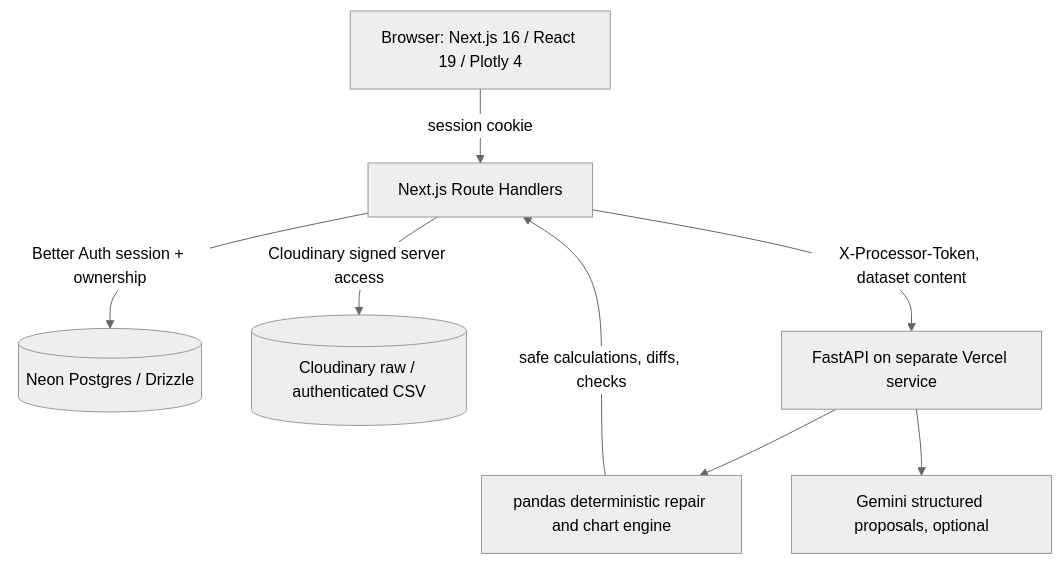
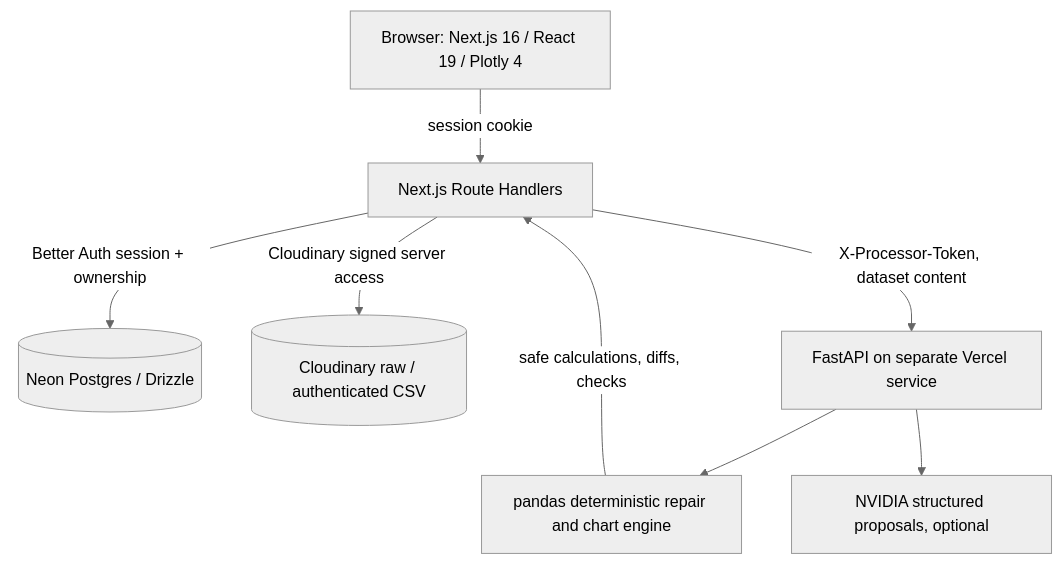
The diagram in docs/ARCHITECTURE.md (abirbhab-dasgupta/rowvitra), drawn with Mermaid (neutral theme) before and after one commit. The commit also changed other lines of this file and 8 other files, not shown here.

````diff
--- a/docs/ARCHITECTURE.md
+++ b/docs/ARCHITECTURE.md
@@ -5,10 +5,10 @@
 ```mermaid
 flowchart TD
   B[Browser: Next.js 16 / React 19 / Plotly 4] -->|session cookie| W[Next.js Route Handlers]
   W -->|Better Auth session + ownership| D[(Neon Postgres / Drizzle)]
   W -->|Cloudinary signed server access| C[(Cloudinary raw / authenticated CSV)]
   W -->|X-Processor-Token, dataset content| P[FastAPI on separate Vercel service]
   P --> E[pandas deterministic repair and chart engine]
-  P --> A[Gemini structured proposals, optional]
+  P --> A[NVIDIA structured proposals, optional]
   E -->|safe calculations, diffs, checks| W
 ```
````
